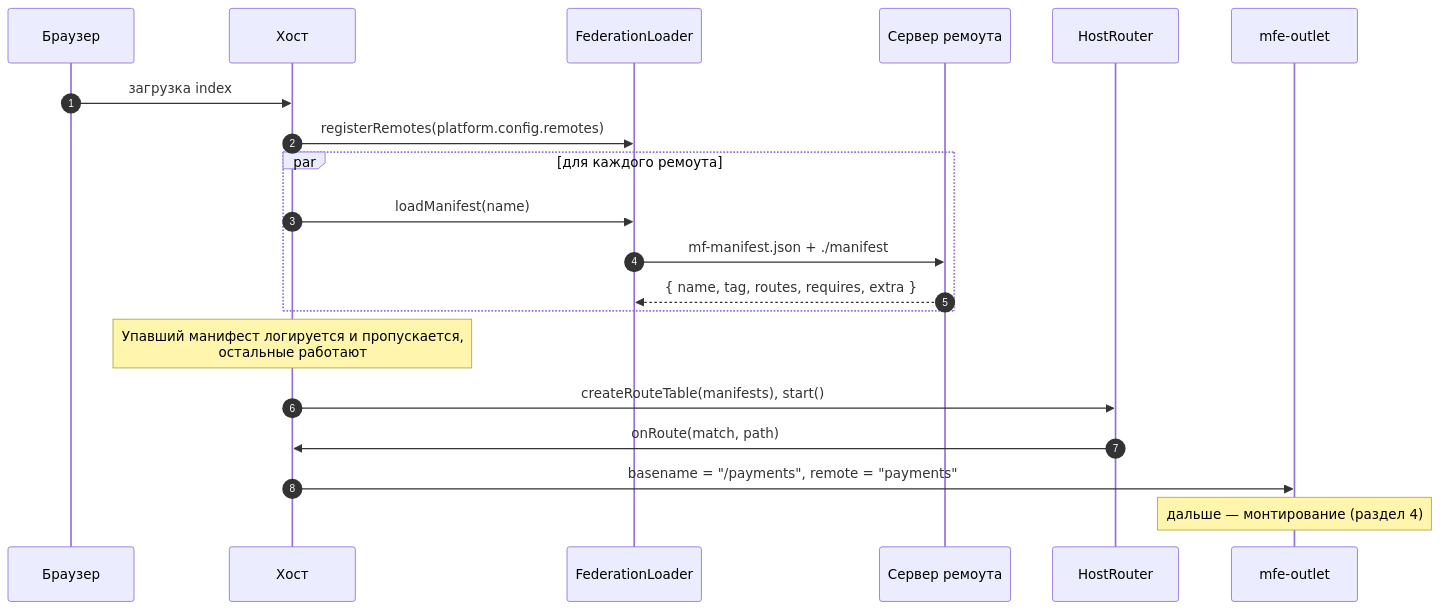
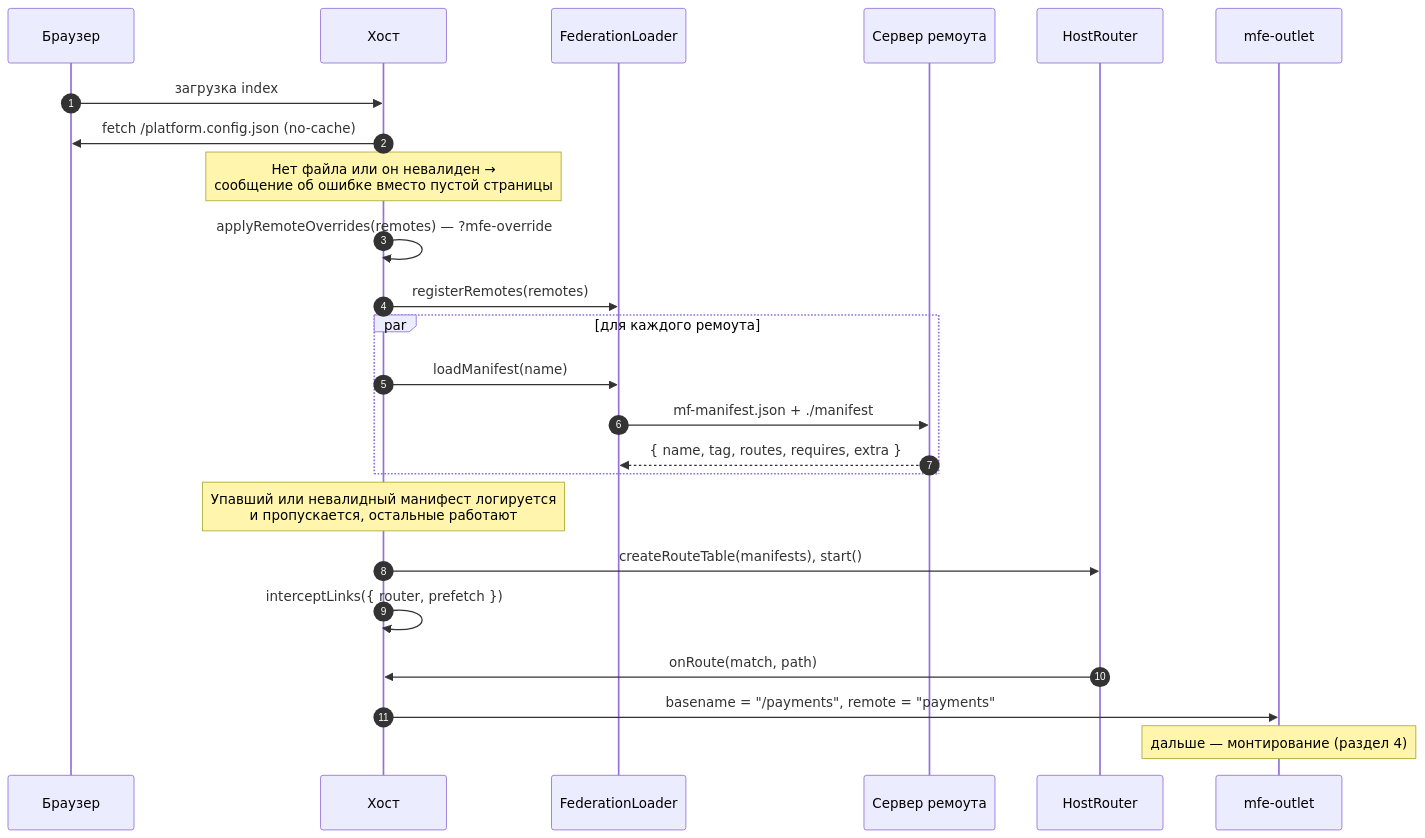
Before and after one commit to tamazyanarsen/mfe-platform: the third of 9 diagrams in docs/architecture.md, drawn with Mermaid. The commit also changed other lines of this file and 9 other files, not shown here.

First line of the commit message:
docs: инструменты разработки, обновлённые схемы, английская версия

````diff
--- a/docs/architecture.md
+++ b/docs/architecture.md
@@ -136,23 +154,27 @@
 ```mermaid
 sequenceDiagram
   autonumber
   participant B as Браузер
   participant H as Хост
   participant L as FederationLoader
   participant R as Сервер ремоута
   participant Rt as HostRouter
   participant O as mfe-outlet
 
   B->>H: загрузка index
-  H->>L: registerRemotes(platform.config.remotes)
+  H->>B: fetch /platform.config.json (no-cache)
+  Note over H: Нет файла или он невалиден →<br/>сообщение об ошибке вместо пустой страницы
+  H->>H: applyRemoteOverrides(remotes) — ?mfe-override
+  H->>L: registerRemotes(remotes)
   par для каждого ремоута
     H->>L: loadManifest(name)
     L->>R: mf-manifest.json + ./manifest
     R-->>L: { name, tag, routes, requires, extra }
   end
-  Note over H: Упавший манифест логируется и пропускается,<br/>остальные работают
+  Note over H: Упавший или невалидный манифест логируется<br/>и пропускается, остальные работают
   H->>Rt: createRouteTable(manifests), start()
+  H->>H: interceptLinks({ router, prefetch })
   Rt->>H: onRoute(match, path)
   H->>O: basename = "/payments", remote = "payments"
   Note over O: дальше — монтирование (раздел 4)
 ```
````
